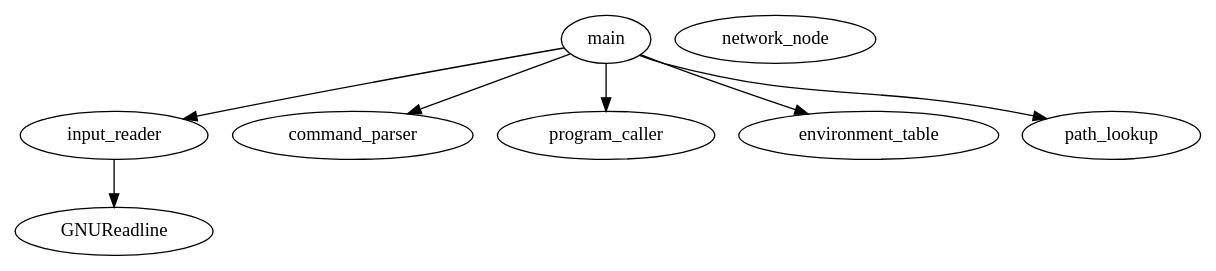
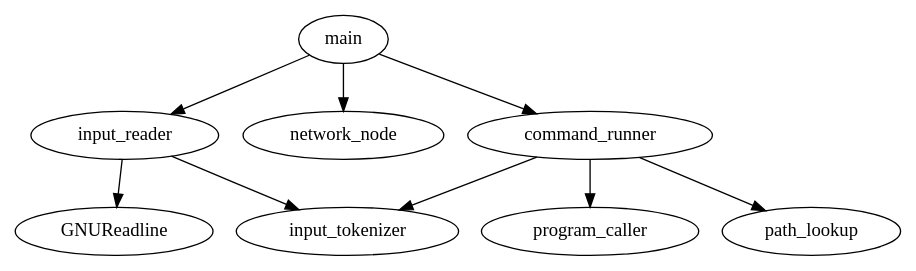
Before and after one commit to nuclearsandwich/pash: the diagram in modules.dot, drawn with Graphviz. The commit also changed 7 other files, not shown here.

First line of the commit message:
Update dependency graph after some thought.

```diff
--- a/modules.dot
+++ b/modules.dot
@@ -1,14 +1,13 @@
 digraph Modules {
 main -> {
-	input_reader command_parser program_caller
-	environment_table path_lookup
+	input_reader
+	network_node
+	command_runner
 }
 
-input_reader -> GNUReadline
-command_parser
+input_reader -> { GNUReadline input_tokenizer }
+command_runner -> { input_tokenizer program_caller path_lookup }
 program_caller
-environment_table
 path_lookup
-GNUReadline
 network_node
 }
```
